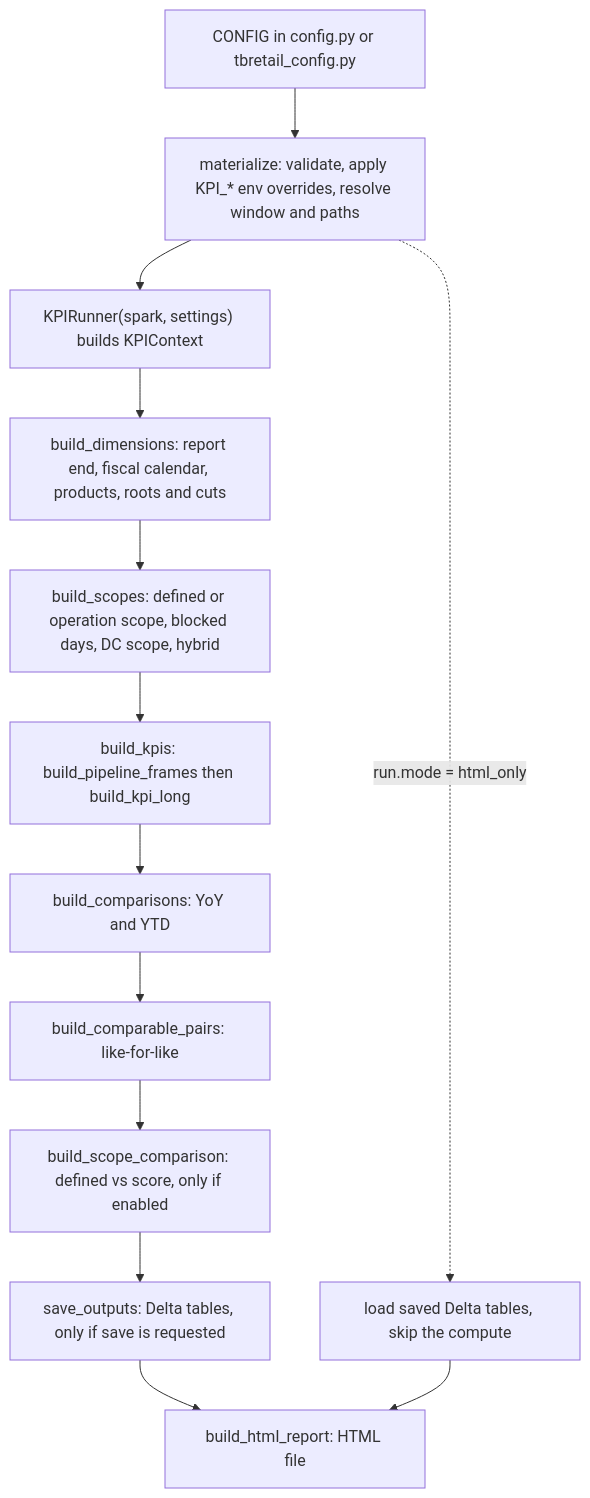
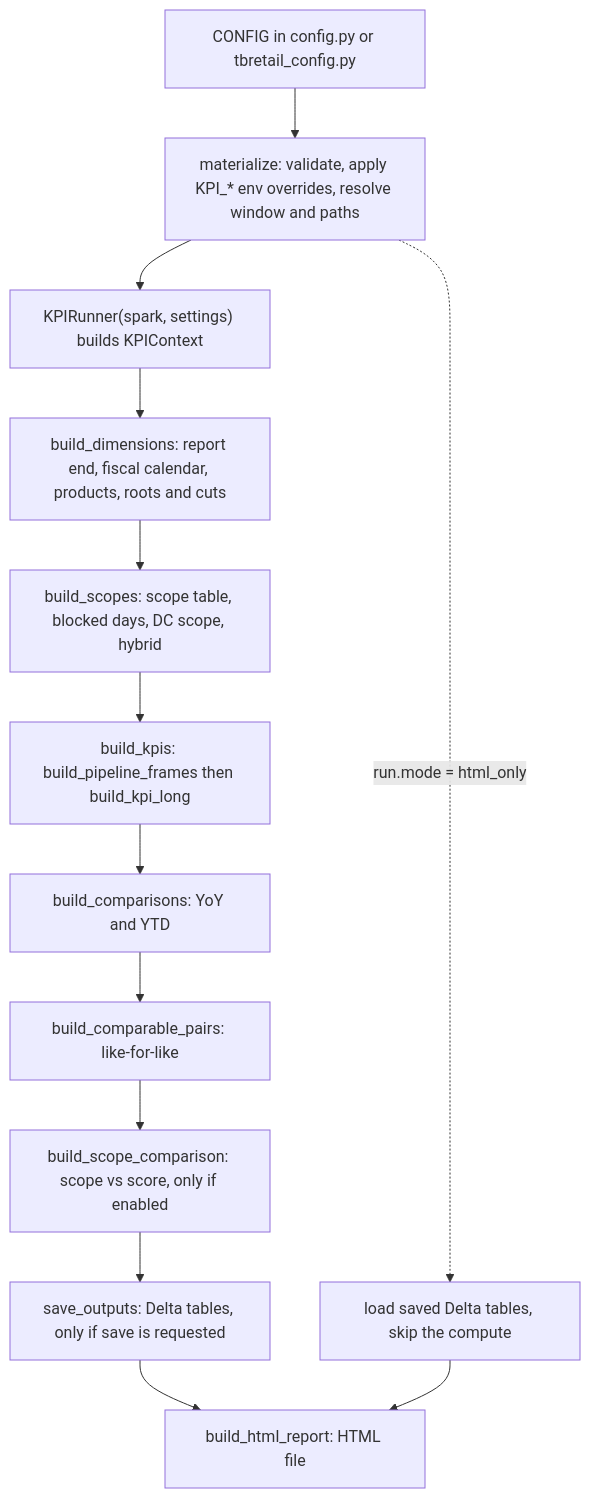
The diagram in docs/LOGIC_FLOW.md (mehlialkazmi-invent-DS/retail-insights-pipeline), drawn with Mermaid before and after one commit. The commit also changed other lines of this file and 15 other files, not shown here.

````diff
--- a/docs/LOGIC_FLOW.md
+++ b/docs/LOGIC_FLOW.md
@@ -16,15 +16,15 @@
 ```mermaid
 flowchart TD
     A["CONFIG in config.py or tbretail_config.py"] --> B["materialize: validate, apply KPI_* env overrides, resolve window and paths"]
     B --> C["KPIRunner(spark, settings) builds KPIContext"]
     C --> D["build_dimensions: report end, fiscal calendar, products, roots and cuts"]
-    D --> E["build_scopes: defined or operation scope, blocked days, DC scope, hybrid"]
+    D --> E["build_scopes: scope table, blocked days, DC scope, hybrid"]
     E --> F["build_kpis: build_pipeline_frames then build_kpi_long"]
     F --> G["build_comparisons: YoY and YTD"]
     G --> H["build_comparable_pairs: like-for-like"]
-    H --> I["build_scope_comparison: defined vs score, only if enabled"]
+    H --> I["build_scope_comparison: scope vs score, only if enabled"]
     I --> J["save_outputs: Delta tables, only if save is requested"]
     J --> K["build_html_report: HTML file"]
     B -. "run.mode = html_only" .-> L["load saved Delta tables, skip the compute"]
     L --> K
 ```
````
